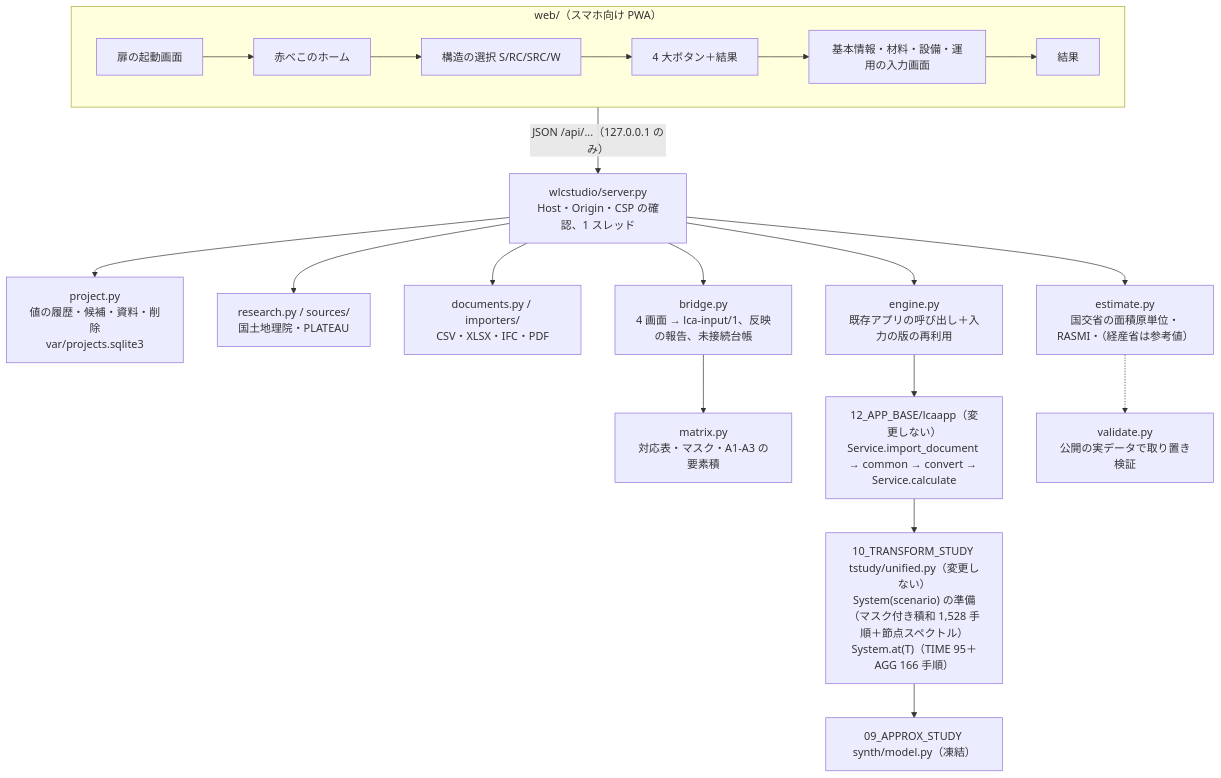
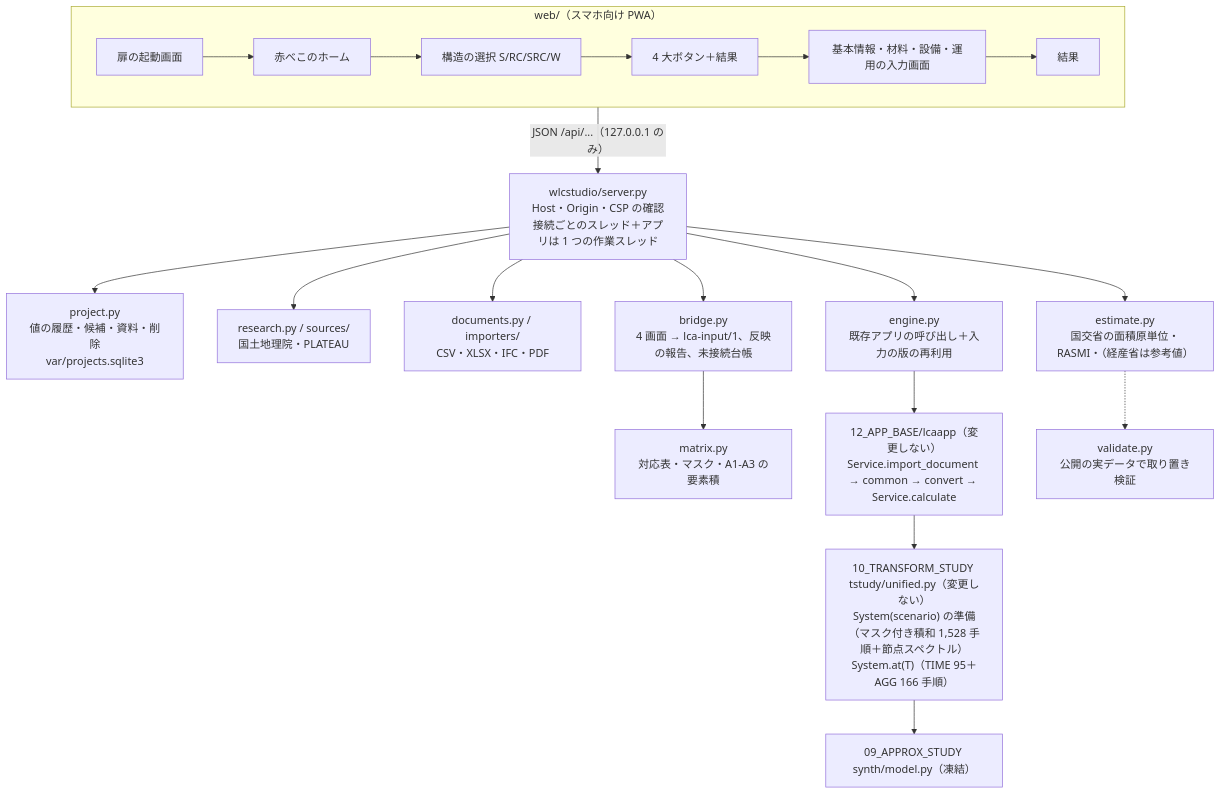
One commit to csta24055-sys/- changed the diagram in whole-life-carbon-jcat-study/23_WLC_STUDIO_APP/docs/architecture.md. Above: the diagram before and after it, drawn with Mermaid. The commit also changed 16 other files, not shown here.

````diff
--- a/whole-life-carbon-jcat-study/23_WLC_STUDIO_APP/docs/architecture.md
+++ b/whole-life-carbon-jcat-study/23_WLC_STUDIO_APP/docs/architecture.md
@@ -5,19 +5,19 @@
 ```mermaid
 flowchart TD
   subgraph PWA["web/（スマホ向け PWA）"]
     door[扉の起動画面] --> home[赤べこのホーム] --> st[構造の選択 S/RC/SRC/W] --> hub[4 大ボタン＋結果]
     hub --> scr[基本情報・材料・設備・運用の入力画面] --> res[結果]
   end
-  PWA -- "JSON /api/...（127.0.0.1 のみ）" --> server[wlcstudio/server.py<br/>Host・Origin・CSP の確認、1 スレッド]
+  PWA -- "JSON /api/...（127.0.0.1 のみ）" --> server[wlcstudio/server.py<br/>Host・Origin・CSP の確認<br/>接続ごとのスレッド＋アプリは 1 つの作業スレッド]
   server --> project[project.py<br/>値の履歴・候補・資料・削除<br/>var/projects.sqlite3]
   server --> research[research.py / sources/<br/>国土地理院・PLATEAU]
   server --> documents[documents.py / importers/<br/>CSV・XLSX・IFC・PDF]
   server --> estimate[estimate.py<br/>国交省の面積原単位・RASMI・（経産省は参考値）]
   server --> bridge[bridge.py<br/>4 画面 → lca-input/1、反映の報告、未接続台帳]
   bridge --> matrix[matrix.py<br/>対応表・マスク・A1-A3 の要素積]
   server --> engine[engine.py<br/>既存アプリの呼び出し＋入力の版の再利用]
   engine --> lcaapp["12_APP_BASE/lcaapp（変更しない）<br/>Service.import_document → common → convert → Service.calculate"]
   lcaapp --> unified["10_TRANSFORM_STUDY tstudy/unified.py（変更しない）<br/>System(scenario) の準備（マスク付き積和 1,528 手順＋節点スペクトル）<br/>System.at(T)（TIME 95＋AGG 166 手順）"]
   unified --> model["09_APPROX_STUDY synth/model.py（凍結）"]
   estimate -.-> validate[validate.py<br/>公開の実データで取り置き検証]
 ```
````
